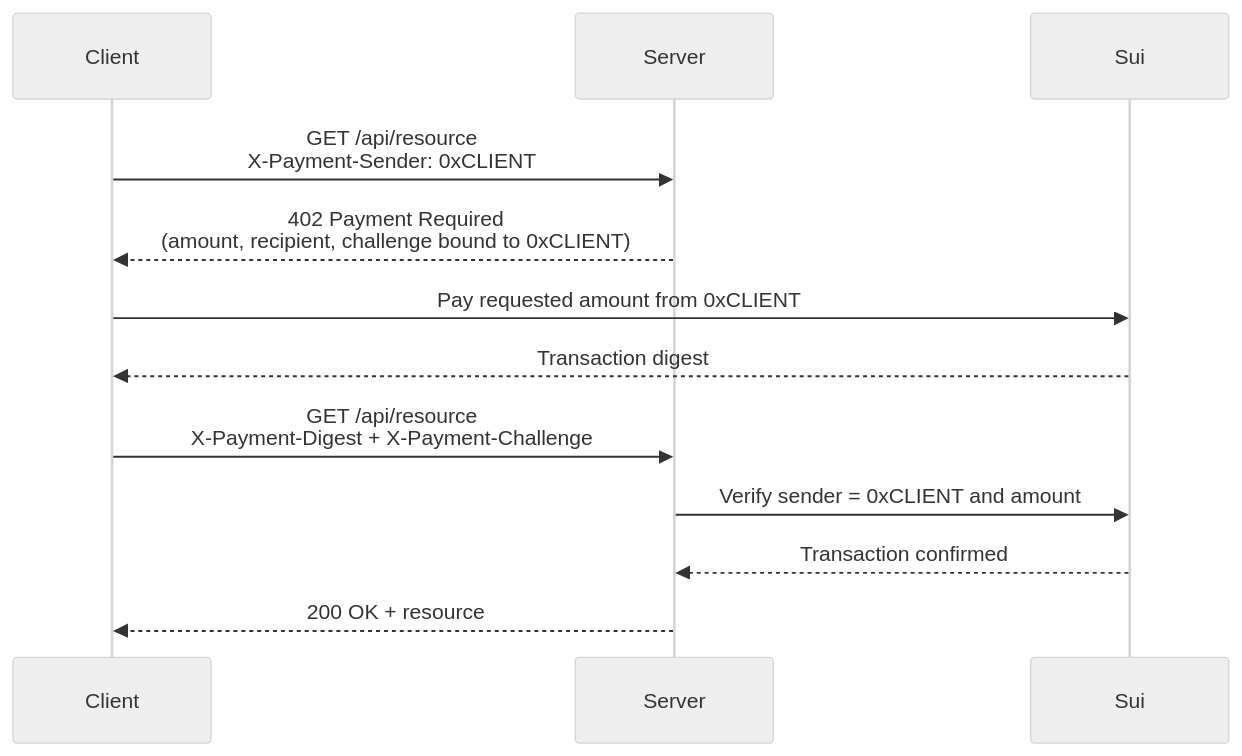
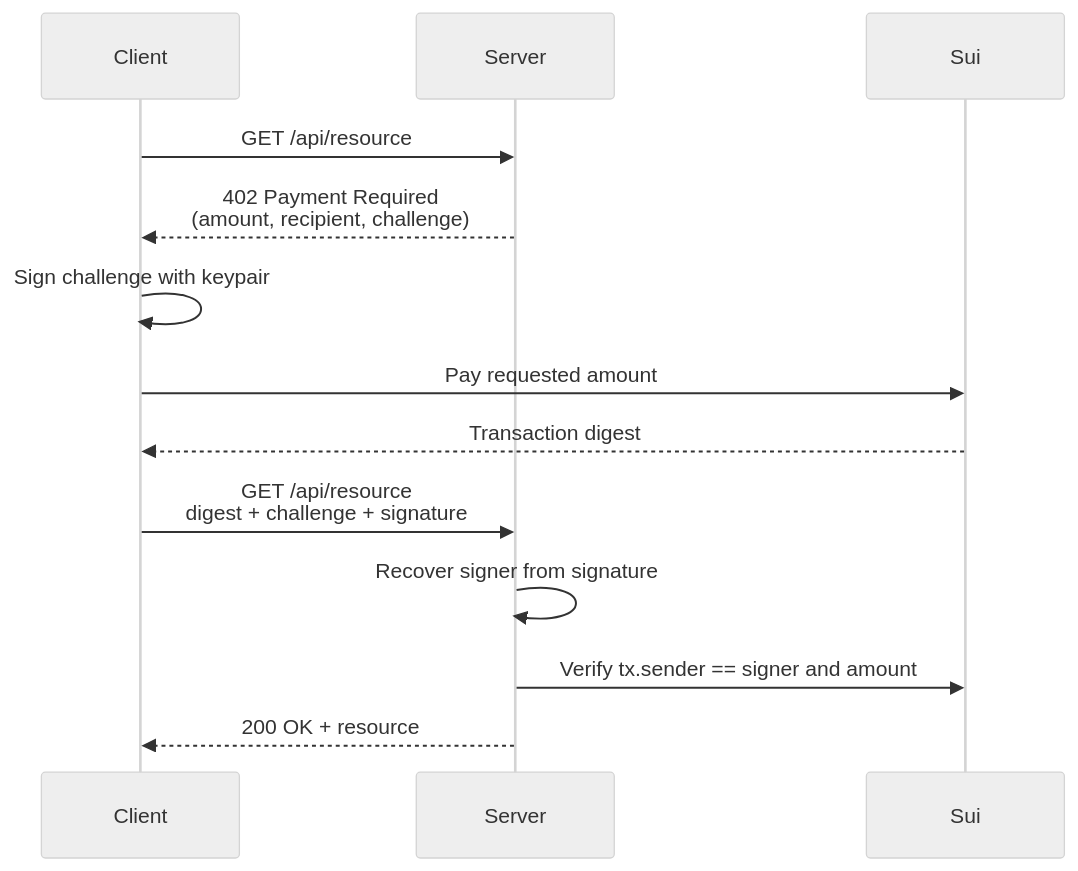
The diagram in docs/content/onchain-finance/x402-pay-per-request.mdx (MystenLabs/sui), drawn with Mermaid (neutral theme) before and after one commit. The commit also changed other lines of this file and 3 other files, not shown here.

First line of the commit message:
docs: bind x402 challenge via cryptographic signature

````diff
--- a/docs/content/onchain-finance/x402-pay-per-request.mdx
+++ b/docs/content/onchain-finance/x402-pay-per-request.mdx
@@ -52,15 +52,16 @@
 ```mermaid
 sequenceDiagram
     participant Client
     participant Server
     participant Sui
 
-    Client->>Server: GET /api/resource<br/>X-Payment-Sender: 0xCLIENT
-    Server-->>Client: 402 Payment Required<br/>(amount, recipient, challenge bound to 0xCLIENT)
-    Client->>Sui: Pay requested amount from 0xCLIENT
+    Client->>Server: GET /api/resource
+    Server-->>Client: 402 Payment Required<br/>(amount, recipient, challenge)
+    Client->>Client: Sign challenge with keypair
+    Client->>Sui: Pay requested amount
     Sui-->>Client: Transaction digest
-    Client->>Server: GET /api/resource<br/>X-Payment-Digest + X-Payment-Challenge
-    Server->>Sui: Verify sender = 0xCLIENT and amount
-    Sui-->>Server: Transaction confirmed
+    Client->>Server: GET /api/resource<br/>digest + challenge + signature
+    Server->>Server: Recover signer from signature
+    Server->>Sui: Verify tx.sender == signer and amount
     Server-->>Client: 200 OK + resource
 ```
````
